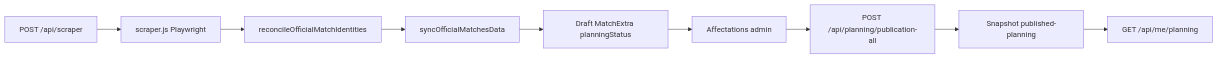
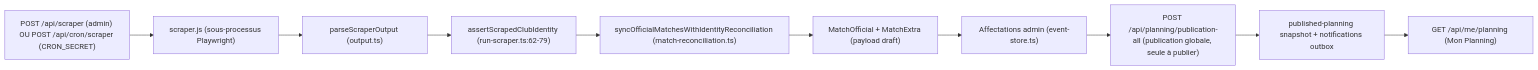
One commit to brahmiamine/afp-planning changed the fifth of 7 diagrams in audits/00-global-cartography.md. Above: the diagram before and after it, drawn with Mermaid. The commit also changed other lines of this file, not shown here.

First line of the commit message:
docs(audits): approfondir l'audit 00 (cartographie globale)

````diff
--- a/audits/00-global-cartography.md
+++ b/audits/00-global-cartography.md
@@ -275,11 +530,12 @@
 ```mermaid
 flowchart LR
-  A[POST /api/scraper] --> B[scraper.js Playwright]
-  B --> C[reconcileOfficialMatchIdentities]
-  C --> D[syncOfficialMatchesData]
-  D --> E[Draft MatchExtra planningStatus]
-  E --> F[Affectations admin]
-  F --> G[POST /api/planning/publication-all]
-  G --> H[Snapshot published-planning]
-  H --> I[GET /api/me/planning]
+  A["POST /api/scraper (admin) OU POST /api/cron/scraper (CRON_SECRET)"] --> B["scraper.js (sous-processus Playwright)"]
+  B --> C["parseScraperOutput (output.ts)"]
+  C --> D["assertScrapedClubIdentity (run-scraper.ts:62-79)"]
+  D --> E["syncOfficialMatchesWithIdentityReconciliation (match-reconciliation.ts)"]
+  E --> F["MatchOfficial + MatchExtra (payload draft)"]
+  F --> G["Affectations admin (event-store.ts)"]
+  G --> H["POST /api/planning/publication-all (publication globale, seule à publier)"]
+  H --> I["published-planning snapshot + notifications outbox"]
+  I --> J["GET /api/me/planning (Mon Planning)"]
 ```
````
